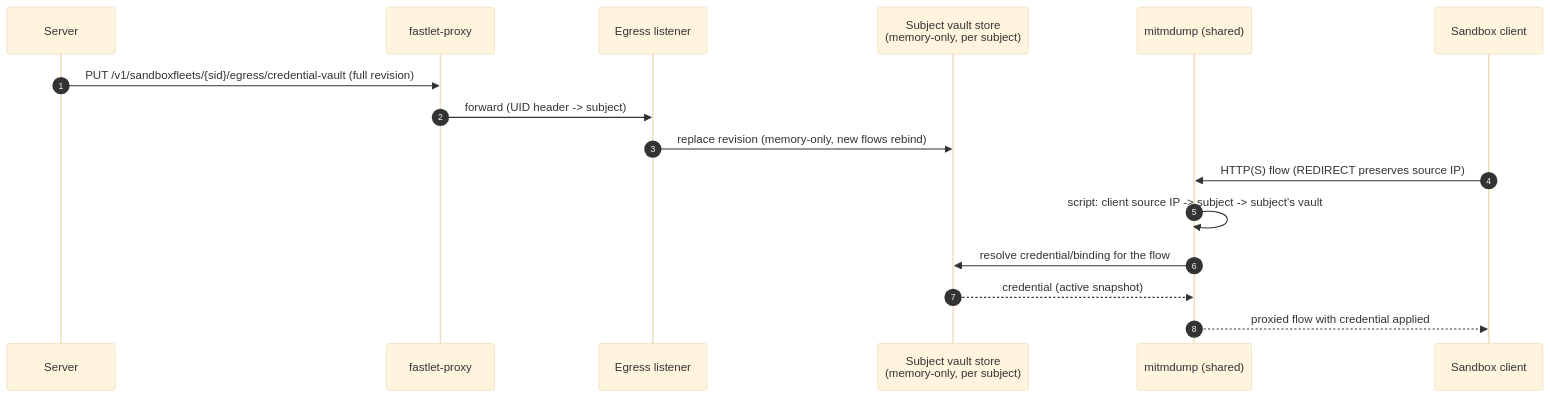
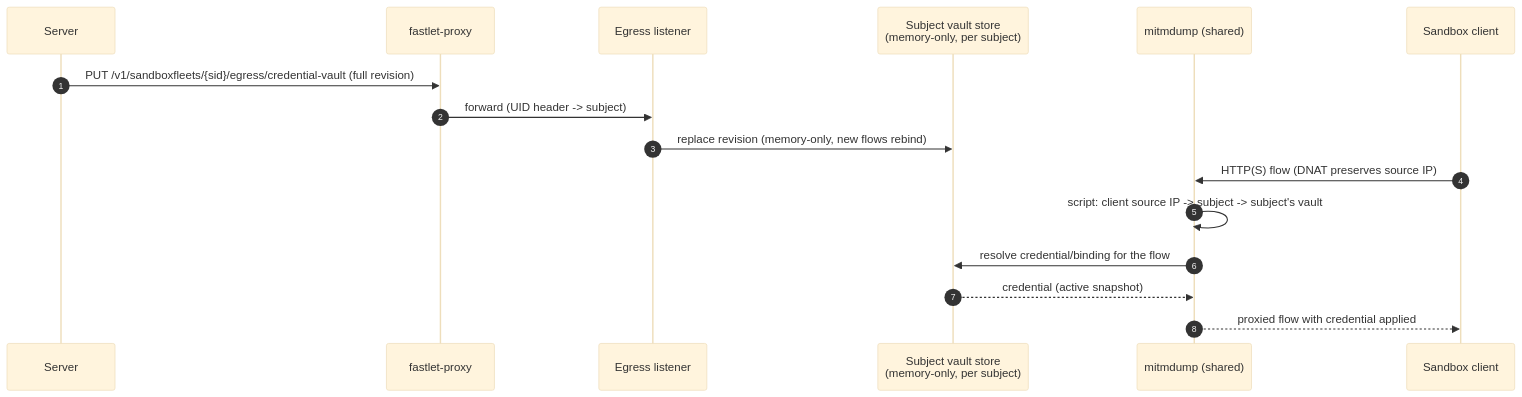
One commit to DoughOps/OpenSandbox changed the fourth of 4 diagrams in components/egress/docs/policy-traffic-vault-flow.md. Above: the diagram before and after it, drawn with Mermaid (base theme). The commit also changed other lines of this file and 36 other files, not shown here.

````diff
--- a/components/egress/docs/policy-traffic-vault-flow.md
+++ b/components/egress/docs/policy-traffic-vault-flow.md
@@ -124,19 +146,19 @@
 ```mermaid
 sequenceDiagram
     autonumber
     participant S as Server
     participant P as fastlet-proxy
     participant E as Egress listener
     participant V as Subject vault store<br/>(memory-only, per subject)
     participant M as mitmdump (shared)
     participant C as Sandbox client
 
     S->>P: PUT /v1/sandboxfleets/{sid}/egress/credential-vault (full revision)
     P->>E: forward (UID header -> subject)
     E->>V: replace revision (memory-only, new flows rebind)
-    C->>M: HTTP(S) flow (REDIRECT preserves source IP)
+    C->>M: HTTP(S) flow (DNAT preserves source IP)
     M->>M: script: client source IP -> subject -> subject's vault
     M->>V: resolve credential/binding for the flow
     V-->>M: credential (active snapshot)
     M-->>C: proxied flow with credential applied
 ```
````
